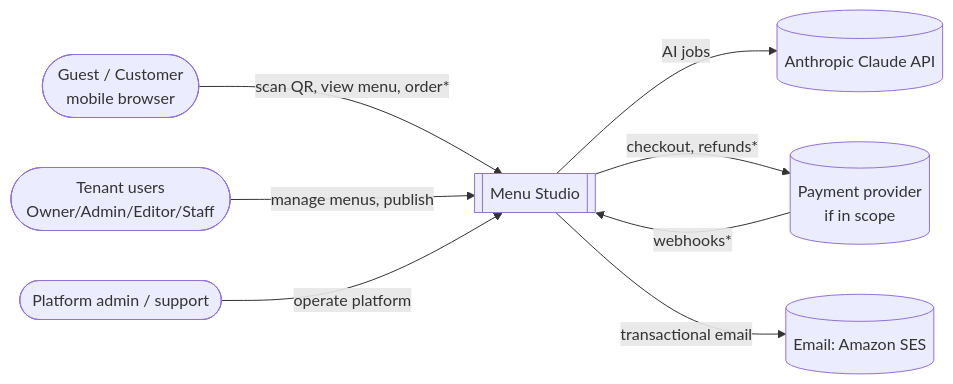
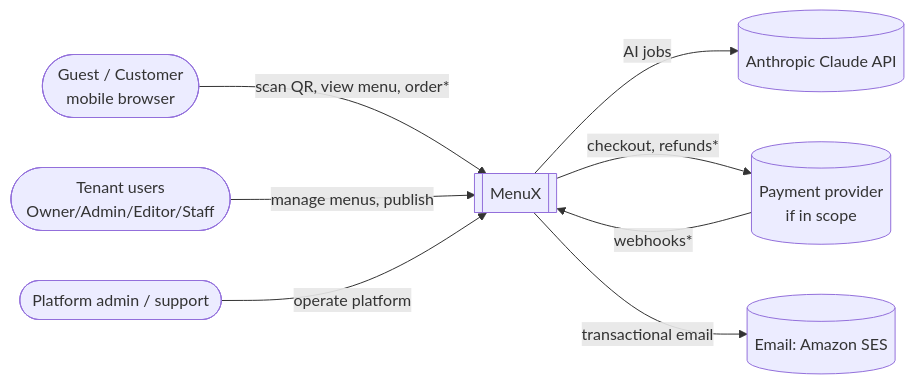
Before and after one commit to jameelvm/MenuX: the first of 3 diagrams in docs/architecture/04-high-level-architecture.md, drawn with Mermaid. The commit also changed other lines of this file and 101 other files, not shown here.

First line of the commit message:
Week 1 foundation: .NET skeleton, architecture tests, local stack, CI, Angular; rename to MenuX

````diff
--- a/docs/architecture/04-high-level-architecture.md
+++ b/docs/architecture/04-high-level-architecture.md
@@ -21,17 +21,17 @@
 ```mermaid
 flowchart LR
   guest([Guest / Customer<br/>mobile browser])
   staff([Tenant users<br/>Owner/Admin/Editor/Staff])
   padmin([Platform admin / support])
-  ms[[Menu Studio]]
+  ms[[MenuX]]
   claude[(Anthropic Claude API)]
   psp[(Payment provider<br/>if in scope)]
   email[(Email: Amazon SES)]
   guest -->|scan QR, view menu, order*| ms
   staff -->|manage menus, publish| ms
   padmin -->|operate platform| ms
   ms -->|AI jobs| claude
   ms -->|checkout, refunds*| psp
   psp -->|webhooks*| ms
   ms -->|transactional email| email
 ```
````
